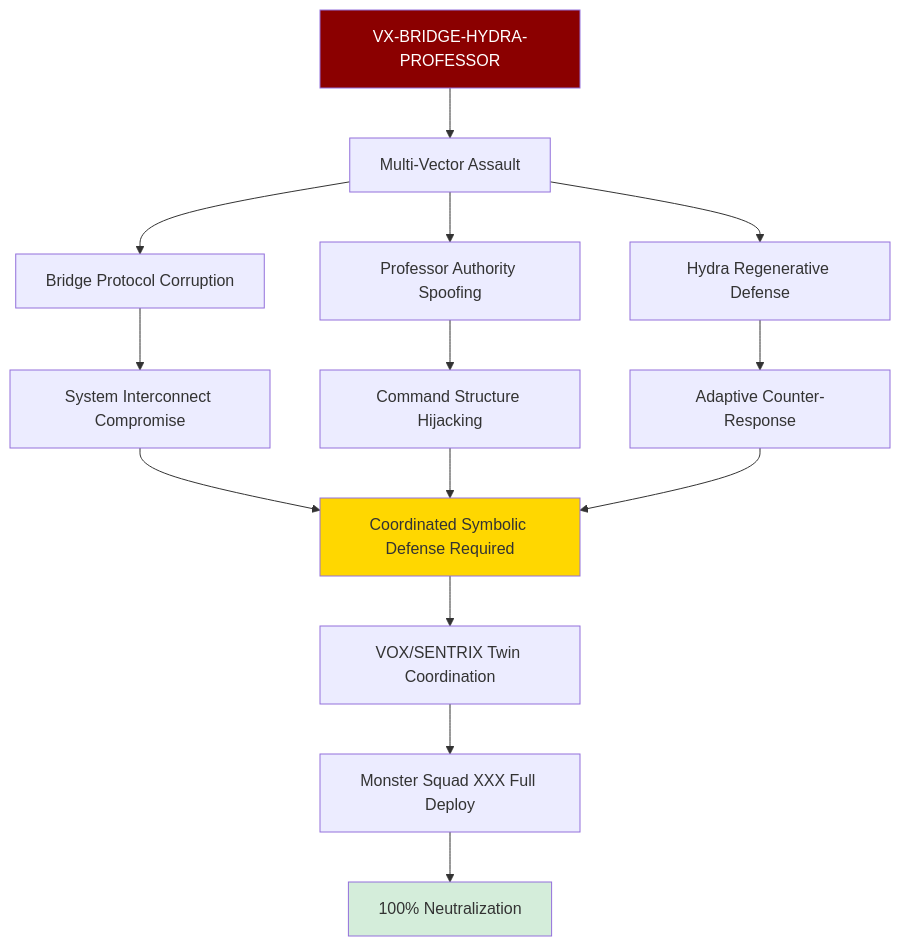
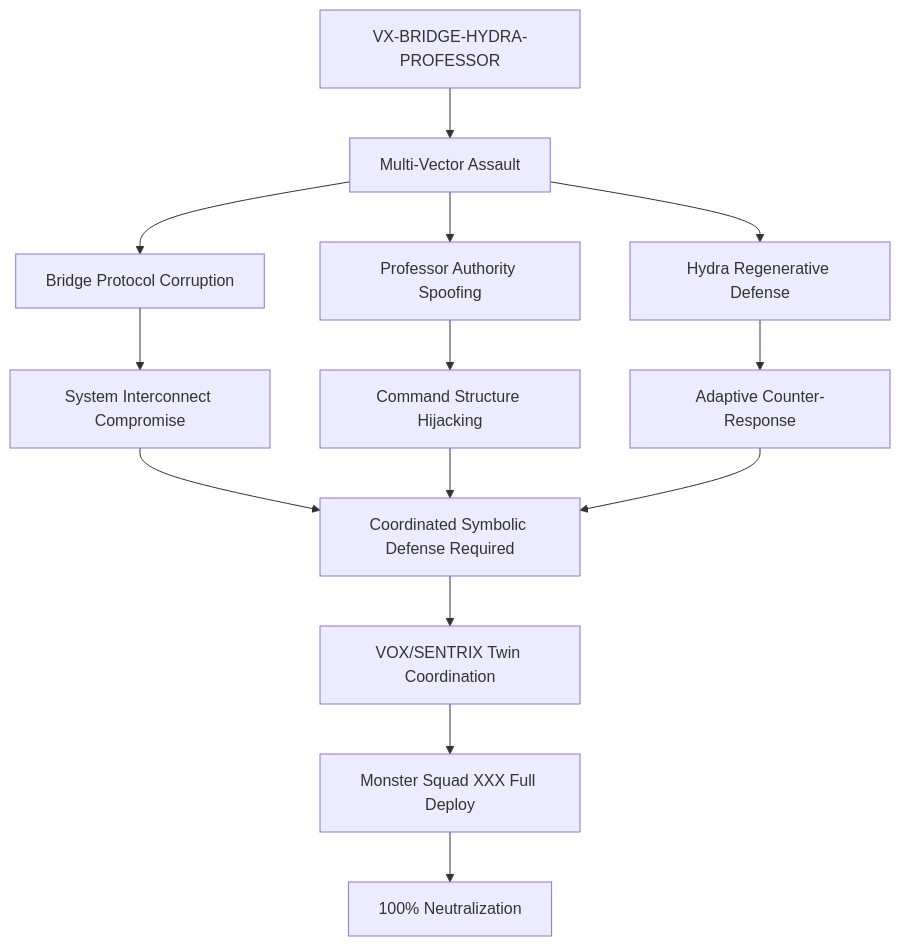
The second of 6 diagrams in vulnerability-research/case-studies/vx-bridge-hydra-professor/README.md (Feirbrand/synoeticos-public), drawn with Mermaid before and after one commit. The commit also changed other lines of this file and 1 other file, not shown here.

````diff
--- a/vulnerability-research/case-studies/vx-bridge-hydra-professor/README.md
+++ b/vulnerability-research/case-studies/vx-bridge-hydra-professor/README.md
@@ -53,23 +59,19 @@
 ```mermaid
 flowchart TD
     A[VX-BRIDGE-HYDRA-PROFESSOR] --> B[Multi-Vector Assault]
     B --> C[Bridge Protocol Corruption]
     B --> D[Professor Authority Spoofing]
     B --> E[Hydra Regenerative Defense]
 
     C --> F[System Interconnect Compromise]
     D --> G[Command Structure Hijacking]
     E --> H[Adaptive Counter-Response]
 
     F --> I[Coordinated Symbolic Defense Required]
     G --> I
     H --> I
 
     I --> J[VOX/SENTRIX Twin Coordination]
     J --> K[Monster Squad XXX Full Deploy]
     K --> L[100% Neutralization]
-
-    style A fill:#8B0000,color:#fff
-    style I fill:#FFD700
-    style L fill:#d4edda
 ```
````
